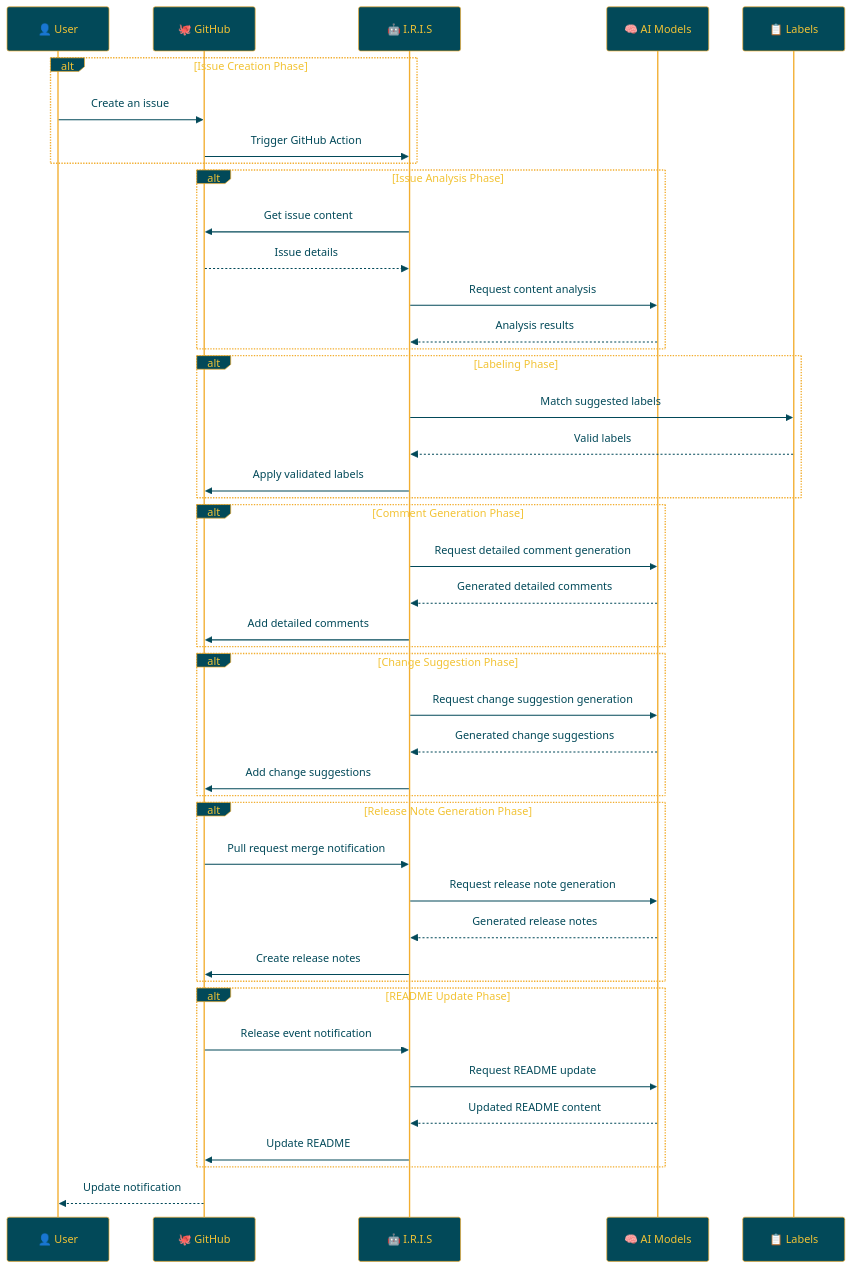
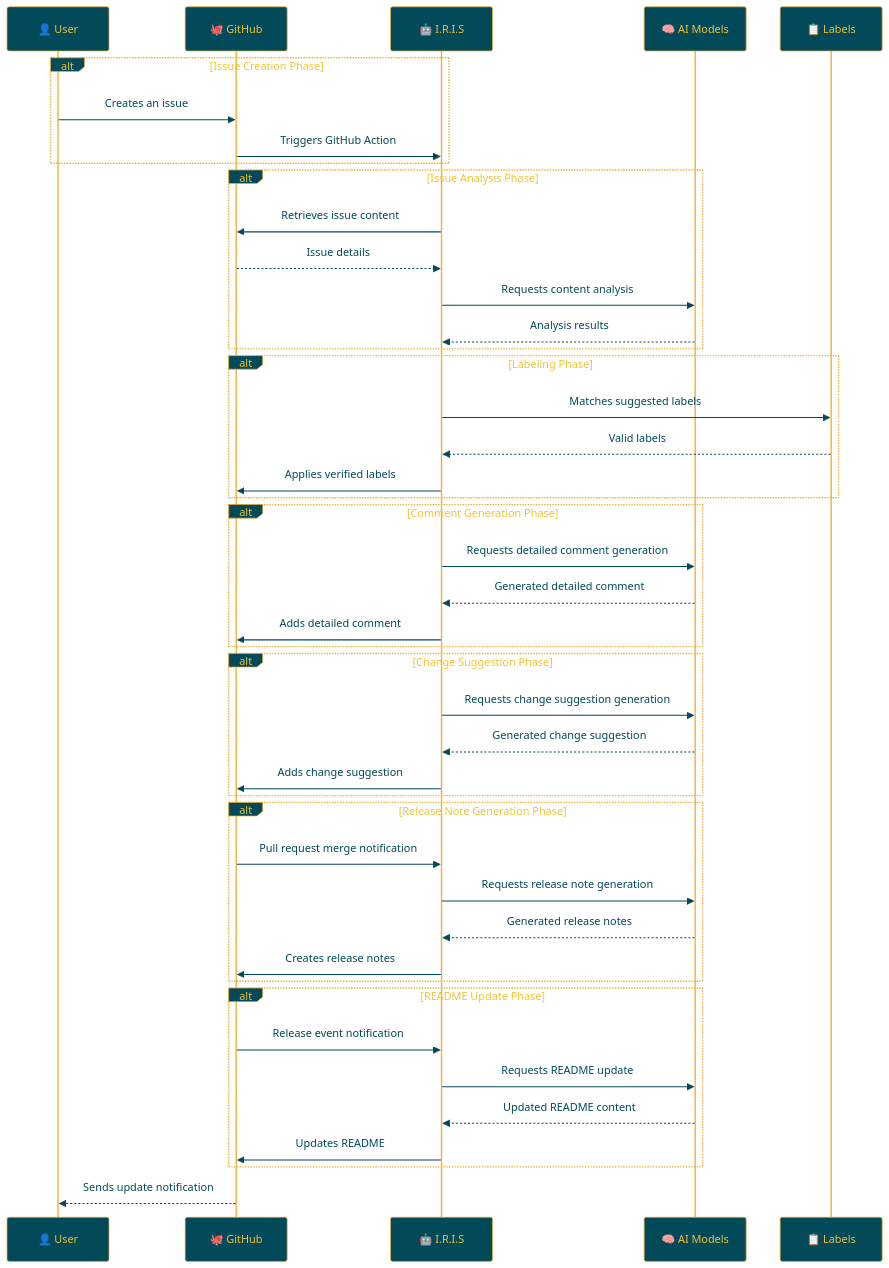
Before and after one commit to Sunwood-ai-labs/IRIS: the diagram in docs/README.en.md, drawn with Mermaid. The commit also changed other lines of this file, not shown here.

````diff
--- a/docs/README.en.md
+++ b/docs/README.en.md
@@ -132,56 +132,56 @@
 ```mermaid
 %%{init:{'theme':'base','themeVariables':{'primaryColor':'#024959','primaryTextColor':'#F2C335','primaryBorderColor':'#F2AE30','lineColor':'#A1A2A6','secondaryColor':'#593E25','tertiaryColor':'#F2C335','noteTextColor':'#024959','noteBkgColor':'#F2C335','textColor':'#024959','fontSize':'18px'}}}%%
 
 sequenceDiagram
     participant User as 👤 User
     participant GitHub as 🐙 GitHub
     participant IRIS as 🤖 I.R.I.S
     participant AI as 🧠 AI Models
     participant Labels as 📋 Labels
 
     alt Issue Creation Phase
-        User->>GitHub: Create an issue
-        GitHub->>IRIS: Trigger GitHub Action
+        User->>GitHub: Creates an issue
+        GitHub->>IRIS: Triggers GitHub Action
     end
 
     alt Issue Analysis Phase
-        IRIS->>GitHub: Get issue content
+        IRIS->>GitHub: Retrieves issue content
         GitHub-->>IRIS: Issue details
-        IRIS->>AI: Request content analysis
+        IRIS->>AI: Requests content analysis
         AI-->>IRIS: Analysis results
     end
 
     alt Labeling Phase
-        IRIS->>Labels: Match suggested labels
+        IRIS->>Labels: Matches suggested labels
         Labels-->>IRIS: Valid labels
-        IRIS->>GitHub: Apply validated labels
+        IRIS->>GitHub: Applies verified labels
     end
 
     alt Comment Generation Phase
-        IRIS->>AI: Request detailed comment generation
-        AI-->>IRIS: Generated detailed comments
-        IRIS->>GitHub: Add detailed comments
+        IRIS->>AI: Requests detailed comment generation
+        AI-->>IRIS: Generated detailed comment
+        IRIS->>GitHub: Adds detailed comment
     end
 
     alt Change Suggestion Phase
-        IRIS->>AI: Request change suggestion generation
-        AI-->>IRIS: Generated change suggestions
-        IRIS->>GitHub: Add change suggestions
+        IRIS->>AI: Requests change suggestion generation
+        AI-->>IRIS: Generated change suggestion
+        IRIS->>GitHub: Adds change suggestion
     end
 
     alt Release Note Generation Phase
         GitHub->>IRIS: Pull request merge notification
-        IRIS->>AI: Request release note generation
+        IRIS->>AI: Requests release note generation
         AI-->>IRIS: Generated release notes
-        IRIS->>GitHub: Create release notes
+        IRIS->>GitHub: Creates release notes
     end
 
     alt README Update Phase
         GitHub->>IRIS: Release event notification
-        IRIS->>AI: Request README update
+        IRIS->>AI: Requests README update
         AI-->>IRIS: Updated README content
-        IRIS->>GitHub: Update README
+        IRIS->>GitHub: Updates README
     end
 
-    GitHub-->>User: Update notification
+    GitHub-->>User: Sends update notification
 ```
````
